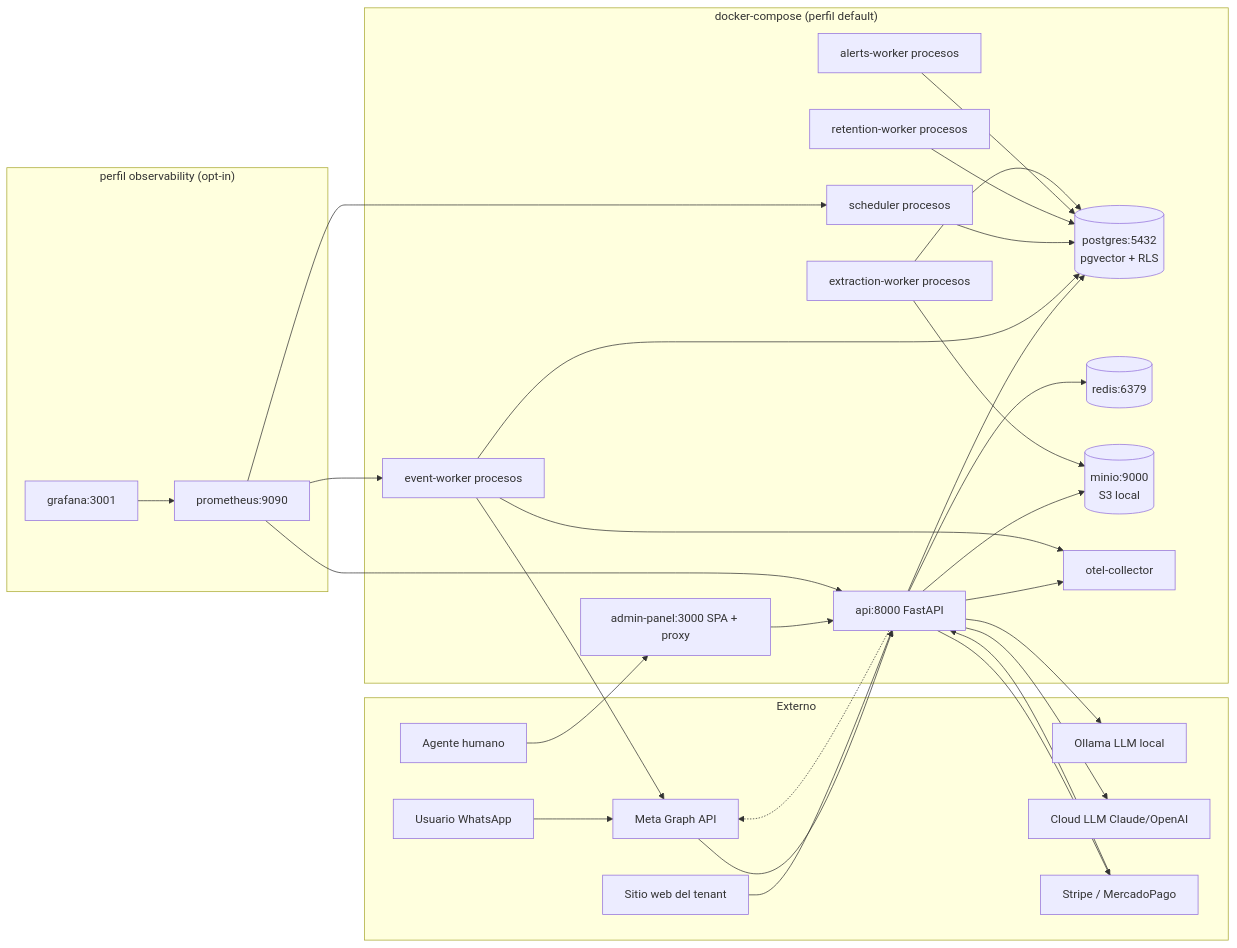
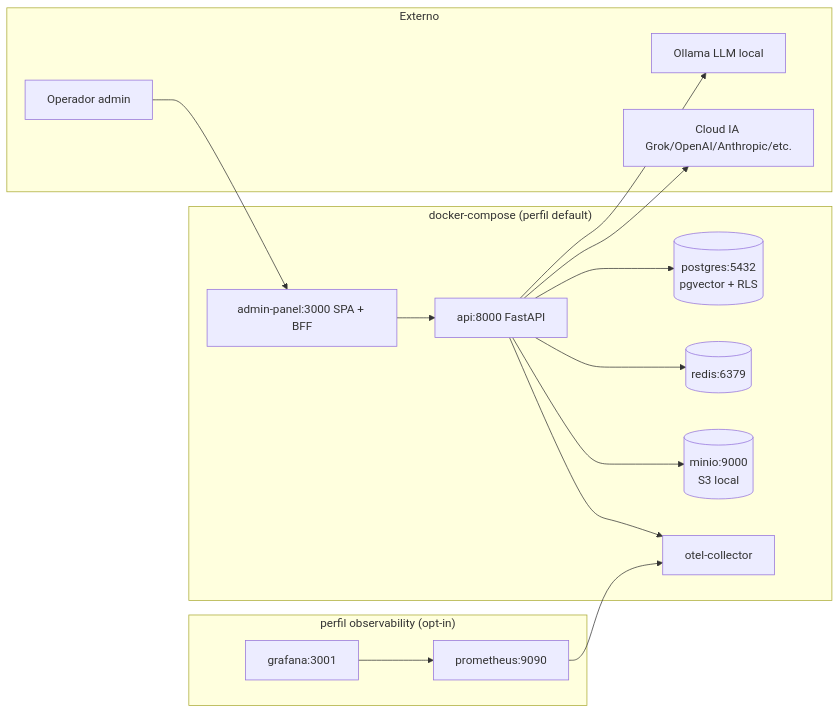
The diagram in ARCHITECTURE.md (agentecopilotoai-code/copiloto-core), drawn with Mermaid before and after one commit. The commit also changed other lines of this file and 196 other files, not shown here.

````diff
--- a/ARCHITECTURE.md
+++ b/ARCHITECTURE.md
@@ -9,56 +9,32 @@
 ```mermaid
 flowchart LR
     subgraph Externo
-        U[Usuario WhatsApp]
-        WS[Sitio web del tenant]
-        M[Meta Graph API]
+        OP[Operador admin]
         OLL[Ollama LLM local]
-        CLD[Cloud LLM Claude/OpenAI]
-        SP[Stripe / MercadoPago]
-        A[Agente humano]
+        CLD[Cloud IA Grok/OpenAI/Anthropic/etc.]
     end
 
     subgraph "docker-compose (perfil default)"
         API[api:8000 FastAPI]
-        ADM[admin-panel:3000 SPA + proxy]
-        EW[event-worker procesos]
-        SCH[scheduler procesos]
-        RW[retention-worker procesos]
-        AW[alerts-worker procesos]
-        XW[extraction-worker procesos]
+        ADM[admin-panel:3000 SPA + BFF]
         PG[(postgres:5432<br/>pgvector + RLS)]
         RD[(redis:6379)]
         S3[(minio:9000<br/>S3 local)]
         OTL[otel-collector]
     end
 
     subgraph "perfil observability (opt-in)"
         PROM[prometheus:9090]
         GRA[grafana:3001]
     end
 
-    U --> M --> API
-    WS --> API
-    API -.-> M
-    EW --> M
+    OP --> ADM --> API
     API --> PG
     API --> RD
     API --> S3
-    EW --> PG
-    SCH --> PG
-    RW --> PG
-    AW --> PG
-    XW --> PG
-    XW --> S3
     API --> OLL
     API --> CLD
-    API --> SP
-    SP --> API
-    A --> ADM --> API
     API --> OTL
-    EW --> OTL
-    PROM --> API
-    PROM --> EW
-    PROM --> SCH
+    PROM --> OTL
     GRA --> PROM
 ```
````
